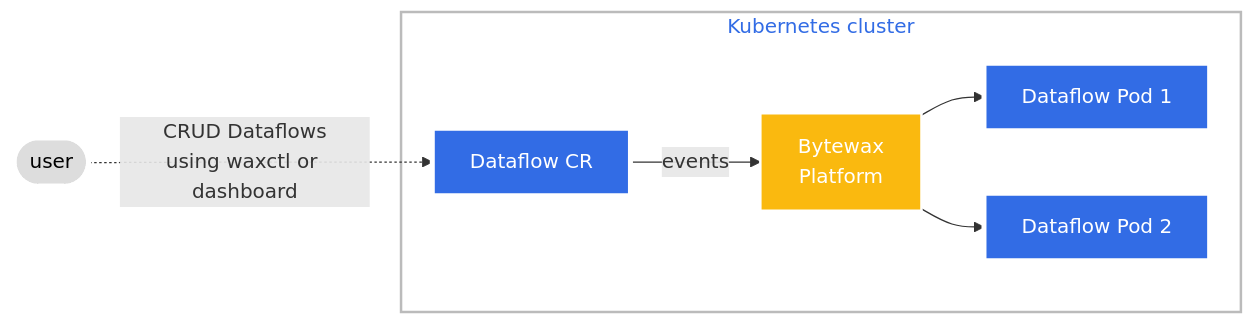
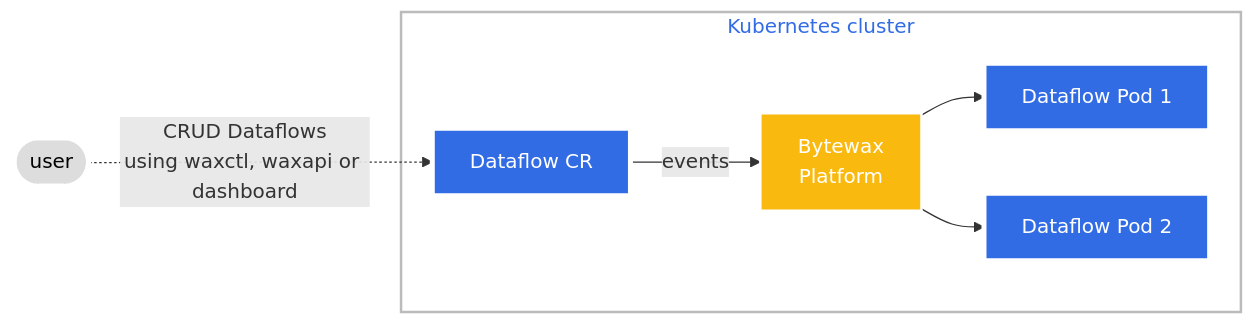
One commit to bytewax/platform-docs-content changed the first of 2 diagrams in concepts/architecture.md. Above: the diagram before and after it, drawn with Mermaid. The commit also changed 2 other files, not shown here.

Commit message:
Platform v0.6.0

````diff
--- a/concepts/architecture.md
+++ b/concepts/architecture.md
@@ -12,18 +12,18 @@
 ```mermaid
 graph LR;
-  client([user])-. CRUD Dataflows<br>using waxctl or dashboard .->ingress[Dataflow CR];
+  client([user])-. CRUD Dataflows<br>using waxctl, waxapi or dashboard .->ingress[Dataflow CR];
   ingress-->|events|service[Bytewax<br>Platform];
   subgraph Kubernetes cluster
   ingress;
   service-->pod1[Dataflow Pod 1];
   service-->pod2[Dataflow Pod 2];
   end
   classDef plain fill:#ddd,stroke:#fff,stroke-width:4px,color:#000;
   classDef k8s fill:#326ce5,stroke:#fff,stroke-width:4px,color:#fff;
   classDef cluster fill:#fff,stroke:#bbb,stroke-width:2px,color:#326ce5;
   classDef bw fill:#fab90f,stroke:#fff,stroke-width:2px,color:#fff;
   class ingress,pod1,pod2 k8s;
   class client plain;
   class cluster cluster;
   class service bw;
 ```
````
